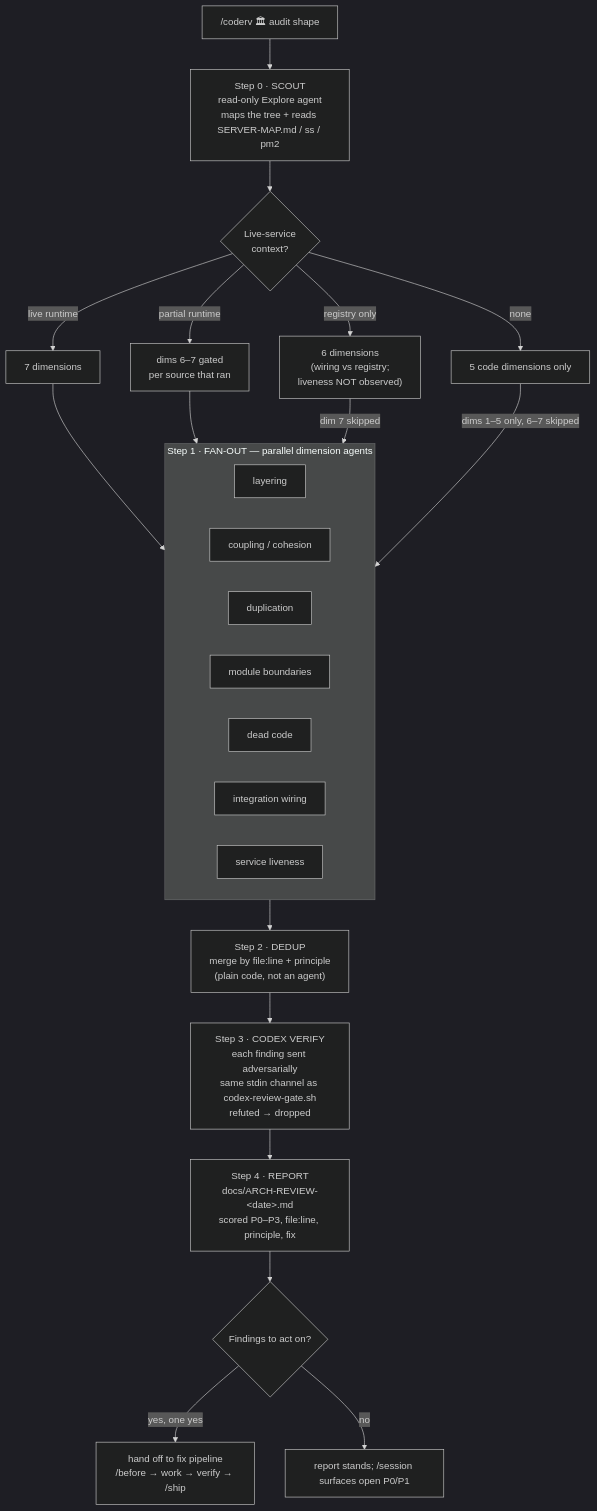
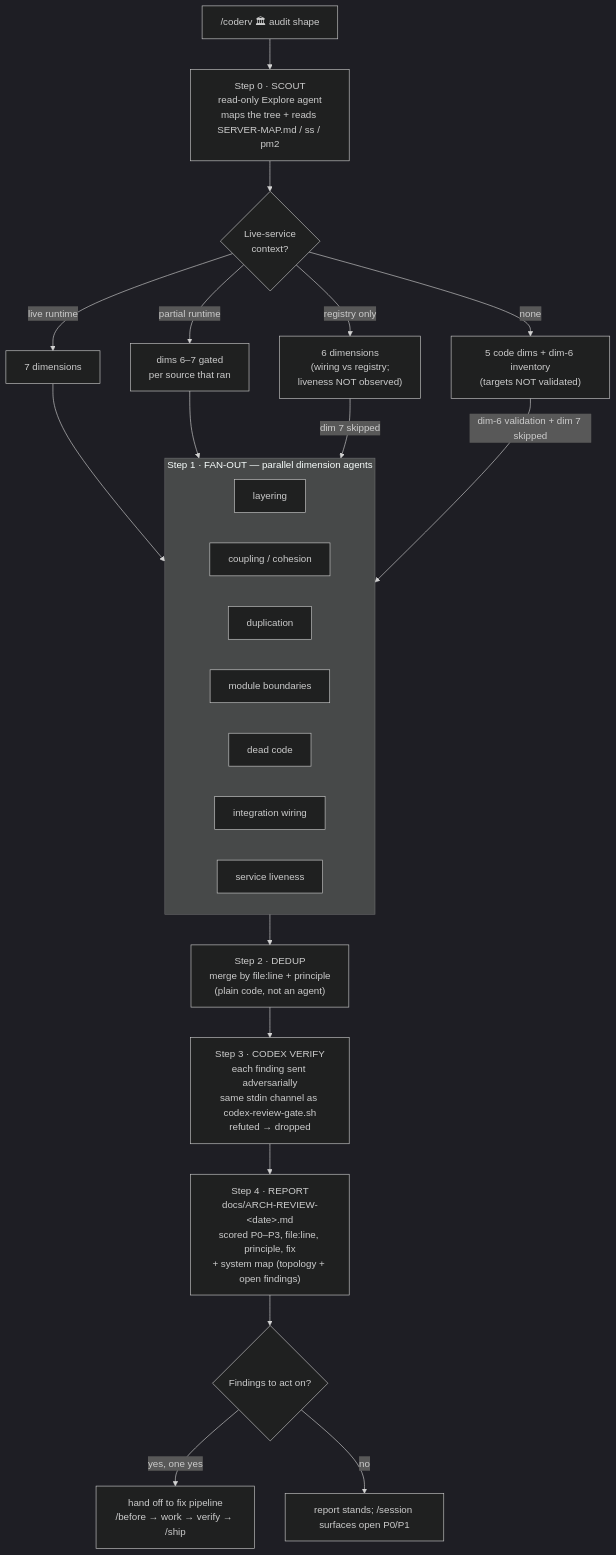
Before and after one commit to AbudiHadi/coderv: the diagram in skills/coderv/architecture-review.md, drawn with Mermaid (dark theme). The commit also changed other lines of this file and 3 other files, not shown here.

First line of the commit message:
Make the system map a standard deliverable of the architecture audit

````diff
--- a/skills/coderv/architecture-review.md
+++ b/skills/coderv/architecture-review.md
@@ -22,31 +22,31 @@
 ```mermaid
 flowchart TD
     A["/coderv 🏛 audit shape"] --> B["Step 0 · SCOUT<br/>read-only Explore agent<br/>maps the tree + reads SERVER-MAP.md / ss / pm2"]
     B --> C{Live-service<br/>context?}
     C -->|live runtime| D["7 dimensions"]
     C -->|partial runtime| DP["dims 6–7 gated<br/>per source that ran"]
     C -->|registry only| D1["6 dimensions<br/>(wiring vs registry;<br/>liveness NOT observed)"]
-    C -->|none| D2["5 code dimensions only"]
+    C -->|none| D2["5 code dims + dim-6 inventory<br/>(targets NOT validated)"]
     D --> E
     DP --> E
     D1 -->|dim 7 skipped| E
-    D2 -->|dims 1–5 only, 6–7 skipped| E
+    D2 -->|dim-6 validation + dim 7 skipped| E
 
     subgraph E ["Step 1 · FAN-OUT — parallel dimension agents"]
       direction LR
       E1["layering"]
       E2["coupling / cohesion"]
       E3["duplication"]
       E4["module boundaries"]
       E5["dead code"]
       E6["integration wiring"]
       E7["service liveness"]
     end
 
     E --> F["Step 2 · DEDUP<br/>merge by file:line + principle<br/>(plain code, not an agent)"]
     F --> G["Step 3 · CODEX VERIFY<br/>each finding sent adversarially<br/>same stdin channel as codex-review-gate.sh<br/>refuted → dropped"]
-    G --> H["Step 4 · REPORT<br/>docs/ARCH-REVIEW-&lt;date&gt;.md<br/>scored P0–P3, file:line, principle, fix"]
+    G --> H["Step 4 · REPORT<br/>docs/ARCH-REVIEW-&lt;date&gt;.md<br/>scored P0–P3, file:line, principle, fix<br/>+ system map (topology + open findings)"]
     H --> I{"Findings to act on?"}
     I -->|yes, one yes| J["hand off to fix pipeline<br/>/before → work → verify → /ship"]
     I -->|no| K["report stands; /session surfaces open P0/P1"]
 ```
````
